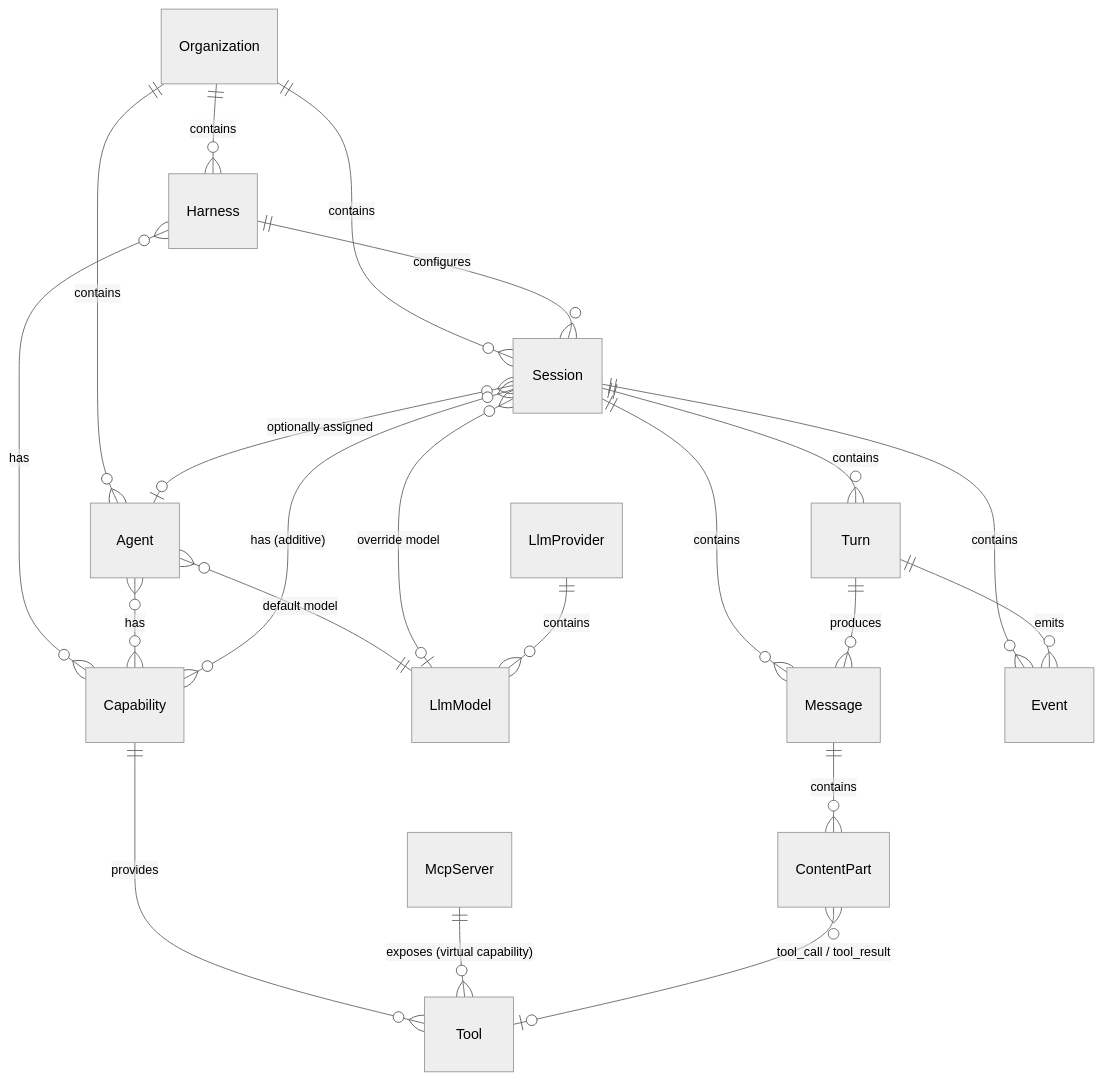
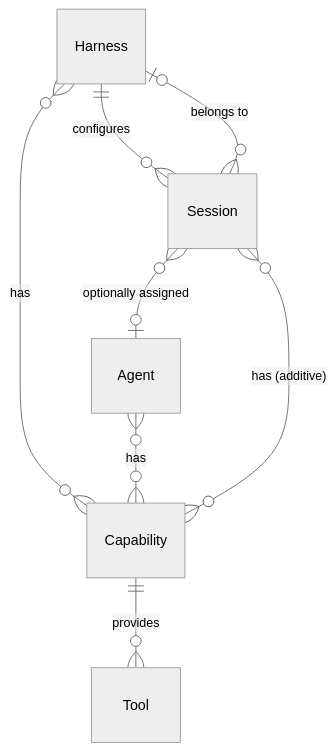
One commit to everruns/everruns changed the first of 3 diagrams in specs/concepts.md. Above: the diagram before and after it, drawn with Mermaid (neutral theme). The commit also changed other lines of this file, not shown here.

First line of the commit message:
docs(specs): split concepts into three focused diagrams

````diff
--- a/specs/concepts.md
+++ b/specs/concepts.md
@@ -9,32 +9,13 @@
 ```mermaid
 erDiagram
-    Organization ||--o{ Harness : contains
-    Organization ||--o{ Session : contains
-    Organization ||--o{ Agent : contains
-
     Harness ||--o{ Session : "configures"
     Harness }o--o{ Capability : "has"
 
     Agent }o--o{ Capability : "has"
-    Agent }o--|| LlmModel : "default model"
 
+    Session }o--o| Harness : "belongs to"
     Session }o--o| Agent : "optionally assigned"
-    Session }o--o| LlmModel : "override model"
     Session }o--o{ Capability : "has (additive)"
-    Session ||--o{ Turn : contains
-    Session ||--o{ Message : contains
-    Session ||--o{ Event : contains
 
-    Turn ||--o{ Message : produces
-    Turn ||--o{ Event : emits
-
-    Message ||--o{ ContentPart : contains
-
-    Capability ||--o{ Tool : provides
-
-    LlmProvider ||--o{ LlmModel : contains
-
-    McpServer ||--o{ Tool : "exposes (virtual capability)"
-
-    ContentPart }o--o| Tool : "tool_call / tool_result"
+    Capability ||--o{ Tool : "provides"
 ```
````
